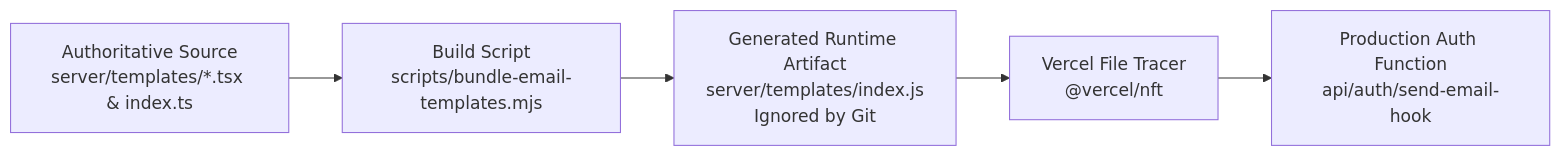
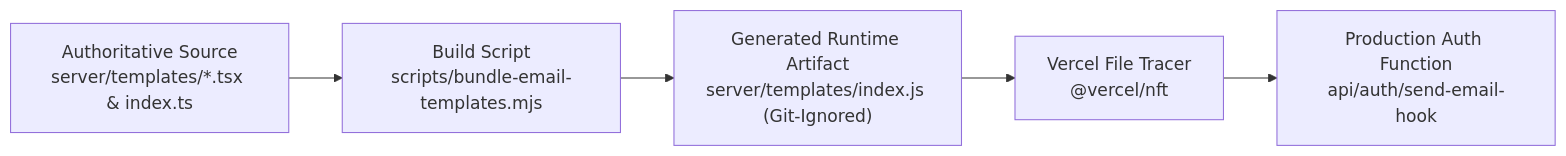
Before and after one commit to jsphhbna/egatepass: the tenth of 13 diagrams in docs/SECURITY.md, drawn with Mermaid. The commit also changed other lines of this file and 12 other files, not shown here.

Commit message:
docs: fix Mermaid rendering and documentation drift

````diff
--- a/docs/SECURITY.md
+++ b/docs/SECURITY.md
@@ -331,13 +331,13 @@
 ```mermaid
 flowchart LR
-    TSX[Authoritative Source<br/>server/templates/*.tsx & index.ts]
-    Script[Build Script<br/>scripts/bundle-email-templates.mjs]
-    Bundle[Generated Runtime Artifact<br/>server/templates/index.js<br/>Ignored by Git]
-    Trace[Vercel File Tracer<br/>@vercel/nft]
-    Function[Production Auth Function<br/>api/auth/send-email-hook]
+    TSX["Authoritative Source<br>server/templates/*.tsx & index.ts"]
+    Script["Build Script<br>scripts/bundle-email-templates.mjs"]
+    Bundle["Generated Runtime Artifact<br>server/templates/index.js (Git-Ignored)"]
+    Trace["Vercel File Tracer<br>@vercel/nft"]
+    Function["Production Auth Function<br>api/auth/send-email-hook"]
 
     TSX --> Script
     Script --> Bundle
     Bundle --> Trace
     Trace --> Function
 ```
````
